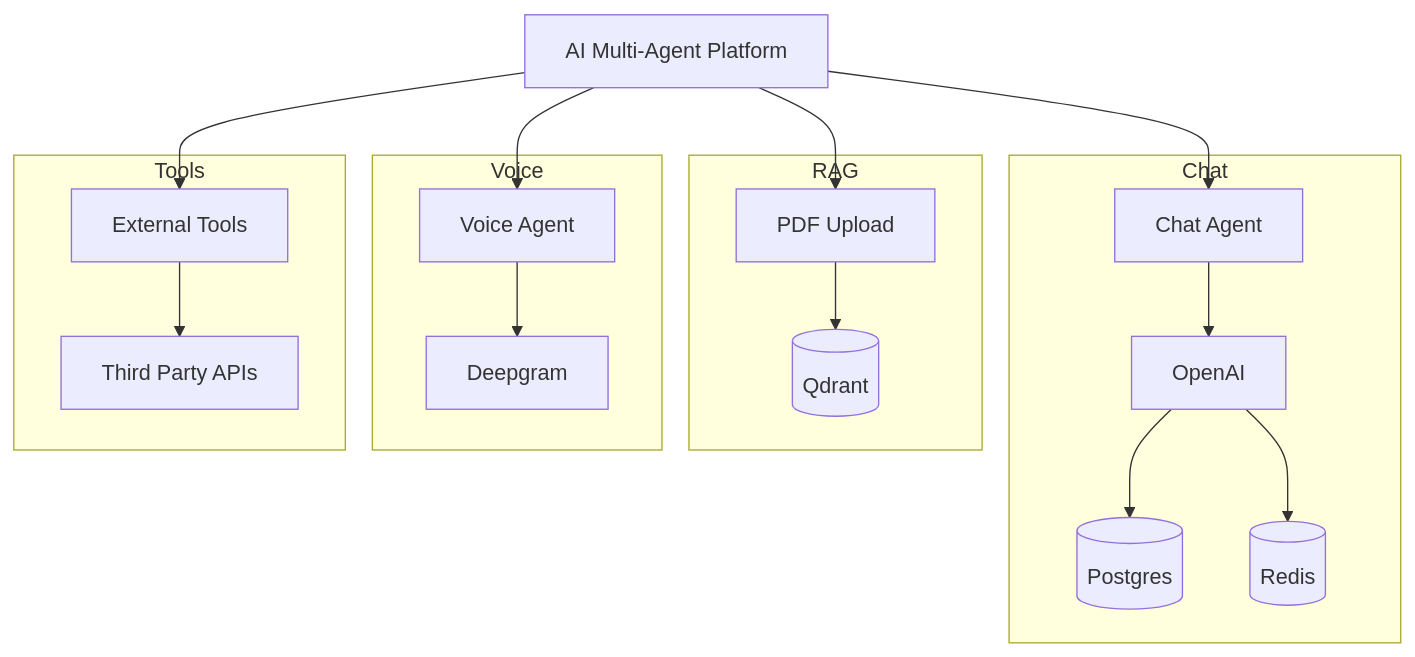
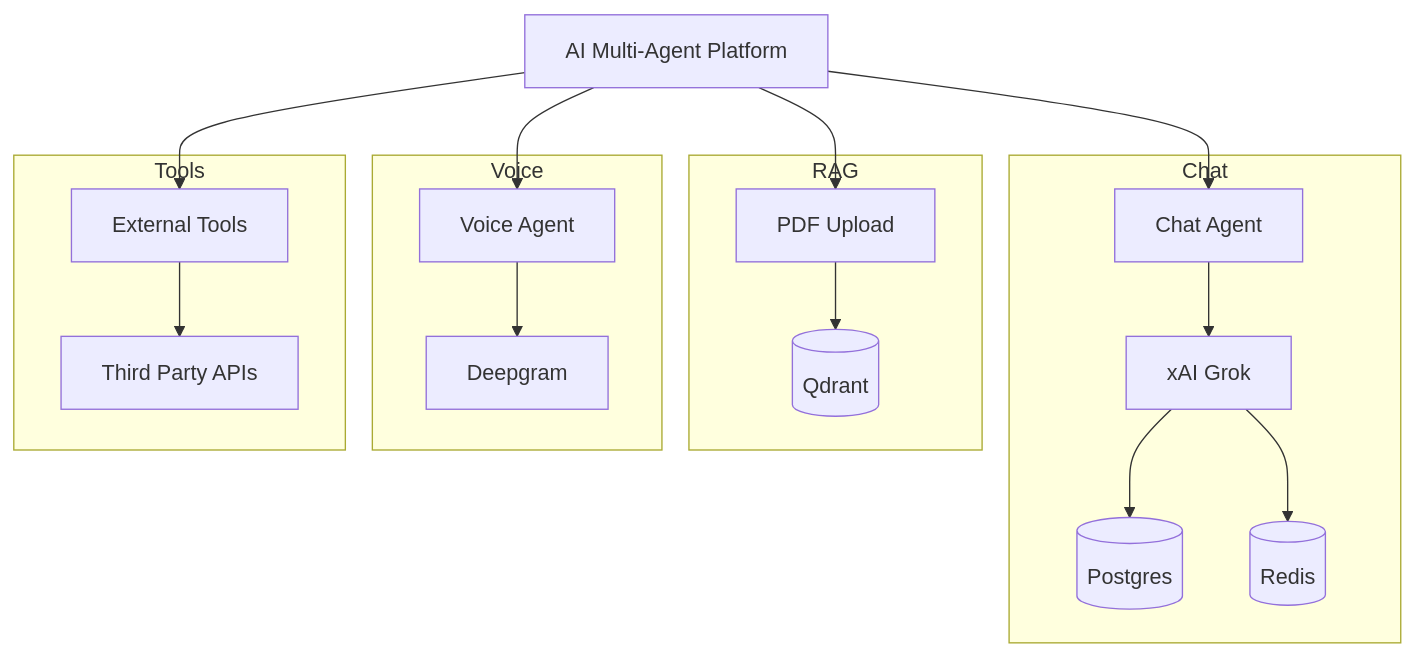
The diagram in README.md (shivamkr082003/aroma-multiagent-platform), drawn with Mermaid before and after one commit. The commit also changed other lines of this file and 30 other files, not shown here.

````diff
--- a/README.md
+++ b/README.md
@@ -64,38 +64,38 @@
 ```mermaid
 flowchart TD
 
 A[AI Multi-Agent Platform]
 
 subgraph Chat
 B[Chat Agent]
-C[OpenAI]
+C[xAI Grok]
 D[(Postgres)]
 E[(Redis)]
 B --> C
 C --> D
 C --> E
 end
 
 subgraph RAG
 F[PDF Upload]
 G[(Qdrant)]
 F --> G
 end
 
 subgraph Voice
 H[Voice Agent]
 I[Deepgram]
 H --> I
 end
 
 subgraph Tools
 J[External Tools]
 K[Third Party APIs]
 J --> K
 end
 
 A --> B
 A --> F
 A --> H
 A --> J
 ```
````
